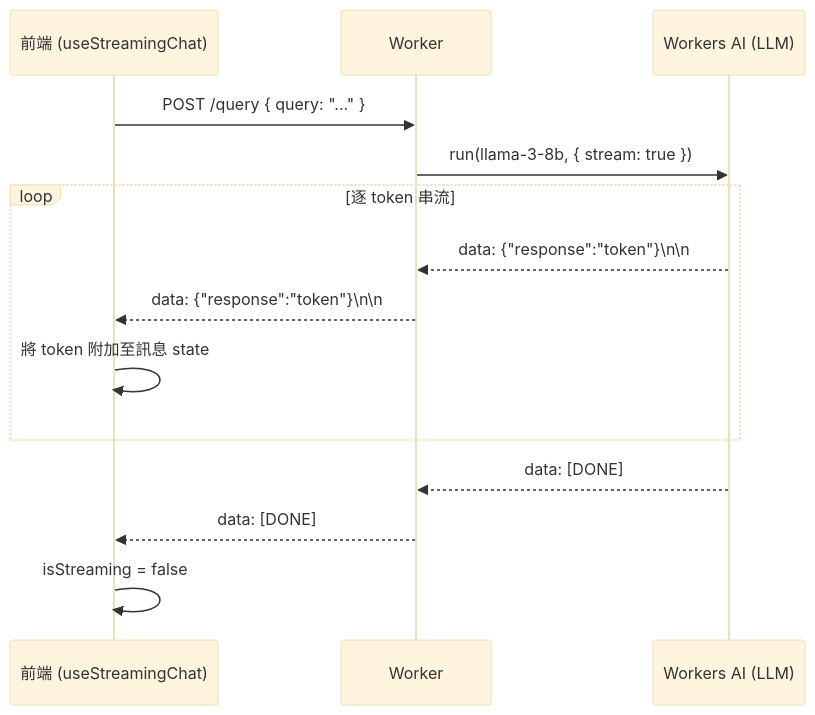
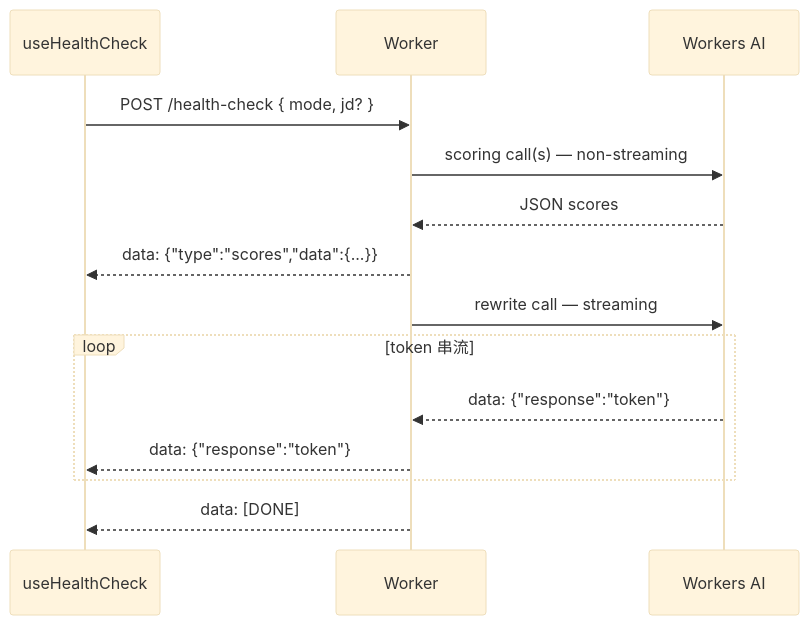
One commit to a920604a/self-reusme-website changed the fourth of 5 diagrams in docs/architecture.md. Above: the diagram before and after it, drawn with Mermaid (base theme). The commit also changed other lines of this file and 2 other files, not shown here.

Commit message:
refactor documentation: enhance routing, theme, and hooks sections in CLAUDE.md; update features and architecture in README.md and architecture.md

````diff
--- a/docs/architecture.md
+++ b/docs/architecture.md
@@ -154,17 +144,17 @@
 ```mermaid
 sequenceDiagram
-    participant FE as 前端 (useStreamingChat)
+    participant FE as useHealthCheck
     participant W as Worker
-    participant LLM as Workers AI (LLM)
+    participant AI as Workers AI
 
-    FE->>W: POST /query { query: "..." }
-    W->>LLM: run(llama-3-8b, { stream: true })
-    loop 逐 token 串流
-        LLM-->>W: data: {"response":"token"}\n\n
-        W-->>FE: data: {"response":"token"}\n\n
-        FE->>FE: 將 token 附加至訊息 state
+    FE->>W: POST /health-check { mode, jd? }
+    W->>AI: scoring call(s) — non-streaming
+    AI-->>W: JSON scores
+    W-->>FE: data: {"type":"scores","data":{...}}
+    W->>AI: rewrite call — streaming
+    loop token 串流
+        AI-->>W: data: {"response":"token"}
+        W-->>FE: data: {"response":"token"}
     end
-    LLM-->>W: data: [DONE]
     W-->>FE: data: [DONE]
-    FE->>FE: isStreaming = false
 ```
````
